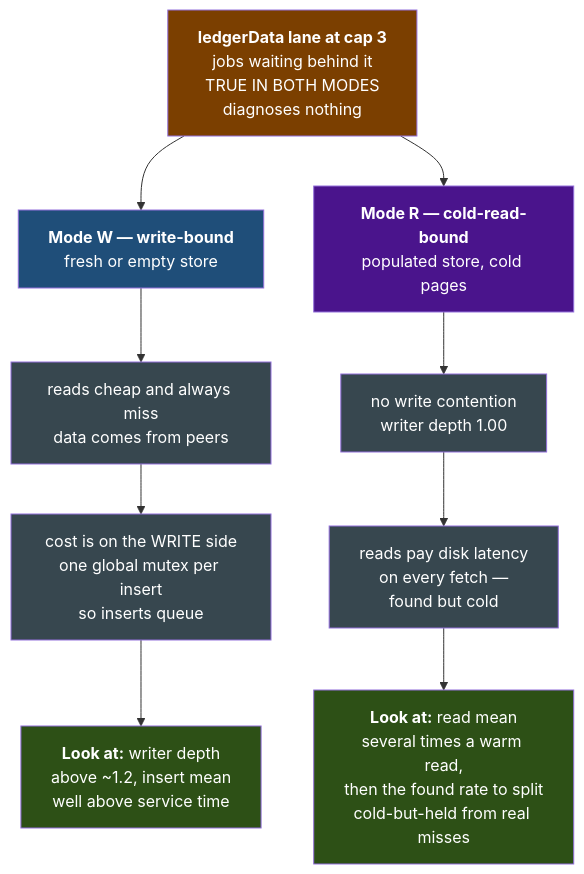
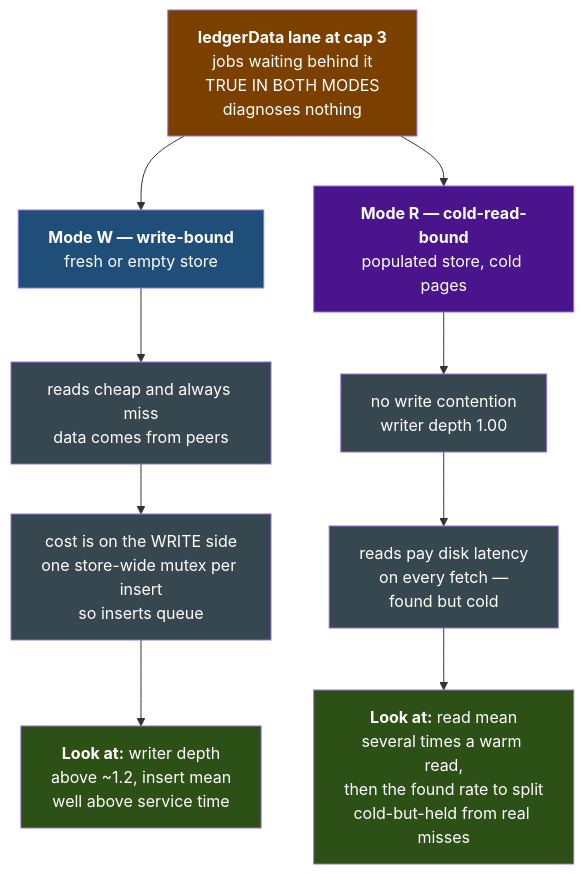
Before and after one commit to XRPLF/rippled: the tenth of 10 diagrams in docs/telemetry-runbook.md, drawn with Mermaid. The commit also changed other lines of this file, not shown here.

````diff
--- a/docs/telemetry-runbook.md
+++ b/docs/telemetry-runbook.md
@@ -3193,41 +3240,41 @@
 ```mermaid
 flowchart TB
     L["`**ledgerData lane at cap 3**
     jobs waiting behind it
     TRUE IN BOTH MODES
     diagnoses nothing`"]
 
     L --> W["`**Mode W — write-bound**
     fresh or empty store`"]
     L --> R["`**Mode R — cold-read-bound**
     populated store, cold pages`"]
 
     W --> W1["`reads cheap and always miss
     data comes from peers`"]
     W1 --> W2["`cost is on the WRITE side
-    one global mutex per insert
+    one store-wide mutex per insert
     so inserts queue`"]
     W2 --> W3["`**Look at:** writer depth
     above ~1.2, insert mean
     well above service time`"]
 
     R --> R1["`no write contention
     writer depth 1.00`"]
     R1 --> R2["`reads pay disk latency
     on every fetch —
     found but cold`"]
     R2 --> R3["`**Look at:** read mean
     several times a warm read,
     then the found rate to split
     cold-but-held from real misses`"]
 
     style L fill:#7b3f00,color:#ffffff
     style W fill:#1f4e79,color:#ffffff
     style R fill:#4a148c,color:#ffffff
     style W1 fill:#37474f,color:#ffffff
     style W2 fill:#37474f,color:#ffffff
     style W3 fill:#2d5016,color:#ffffff
     style R1 fill:#37474f,color:#ffffff
     style R2 fill:#37474f,color:#ffffff
     style R3 fill:#2d5016,color:#ffffff
 ```
````
